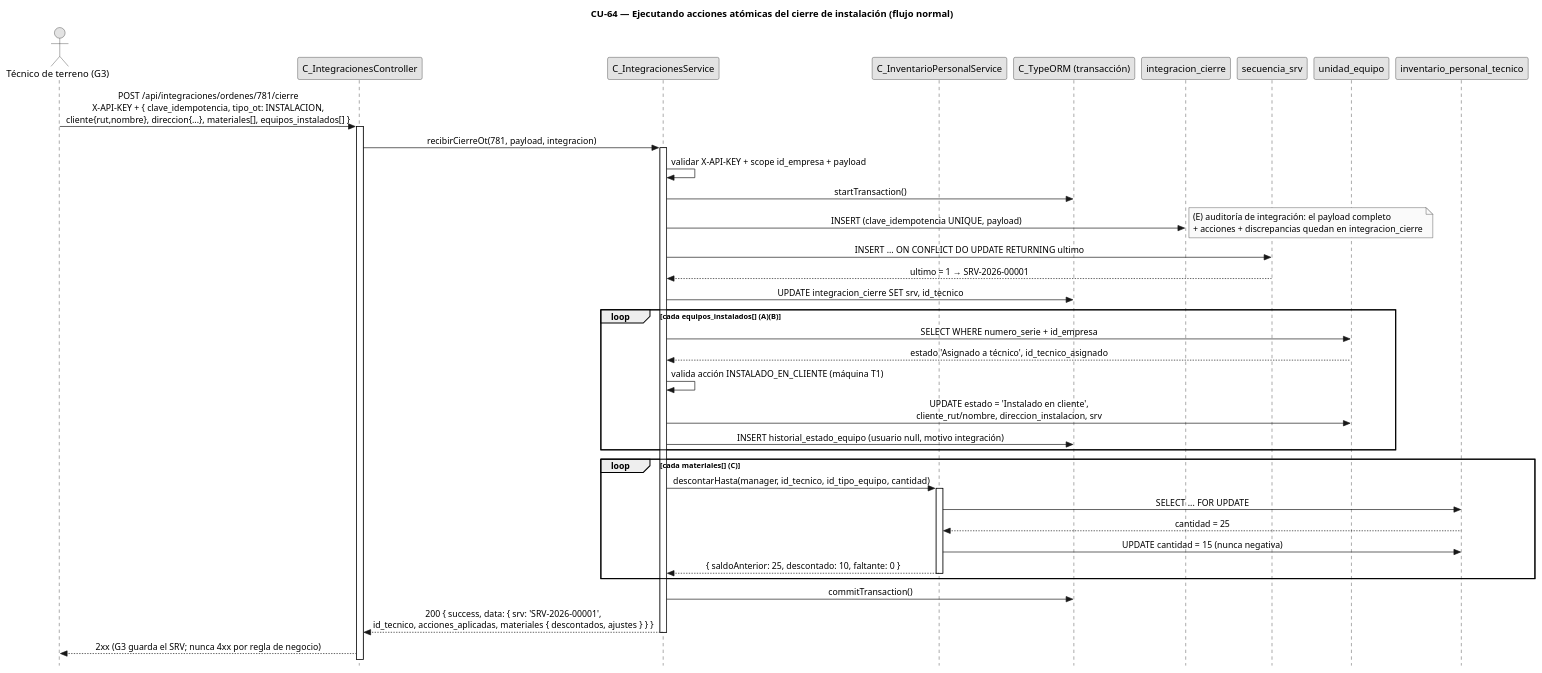
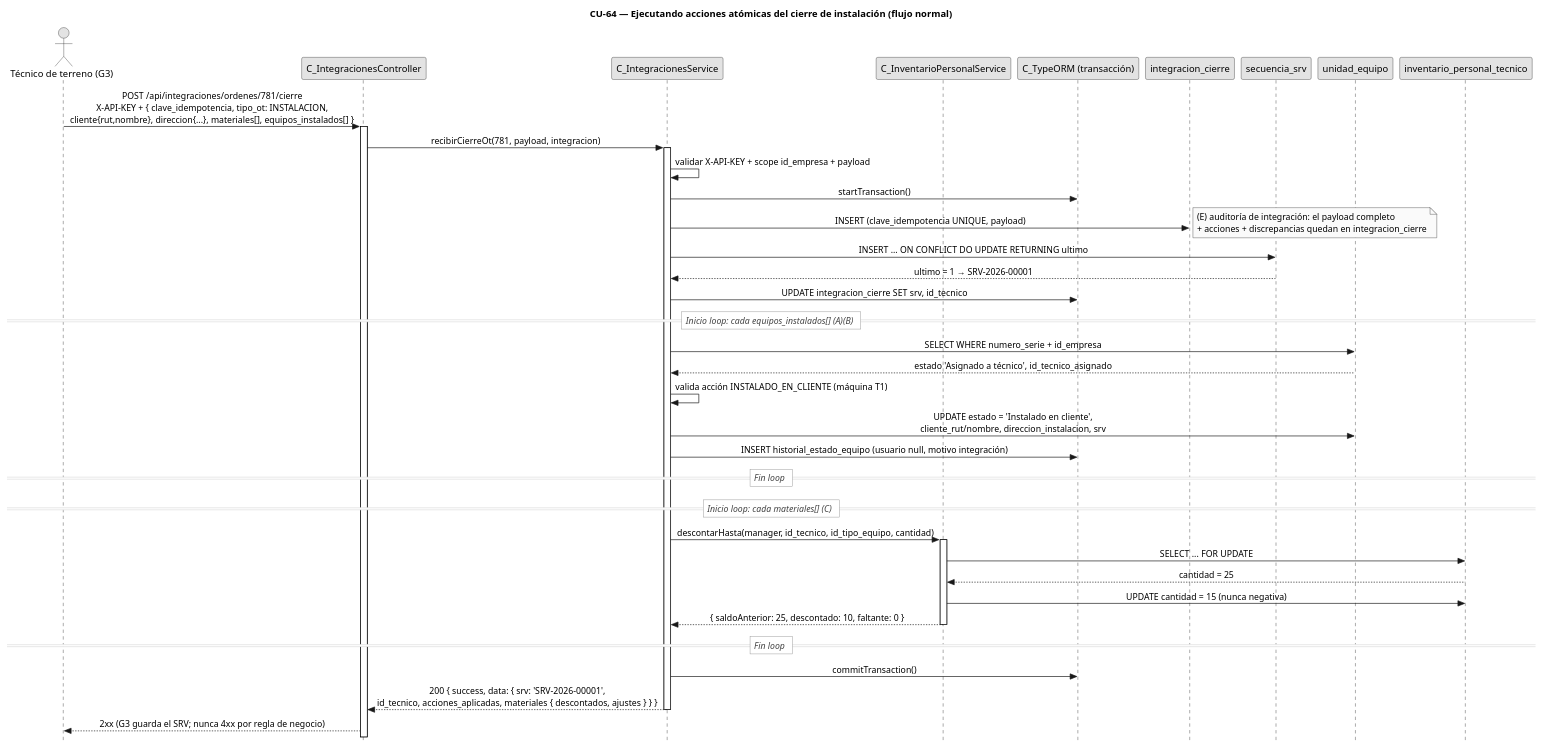
One commit to FSM-Finet-y-Cable-Magico/Team_1-Inventario-y-Bodega changed the diagram in diagramas/diagramas-secuencia/CU64/CU64-normal.puml. Above: the diagram before and after it, drawn with PlantUML. The commit also changed 37 other files, not shown here.

Commit message:
docs(I3): diagramas de secuencia sin recuadro loop y en alta resolución

```diff
--- a/diagramas/diagramas-secuencia/CU64/CU64-normal.puml
+++ b/diagramas/diagramas-secuencia/CU64/CU64-normal.puml
@@ -1,64 +1,70 @@
 @startuml CU64-normal
+skinparam sequenceDividerBorderThickness 0.6
+skinparam sequenceDividerBorderColor 888888
+skinparam sequenceDividerBackgroundColor white
+skinparam sequenceDividerFontStyle italic
+skinparam sequenceDividerFontColor 444444
+skinparam sequenceDividerShadowing false
 title CU-64 — Ejecutando acciones atómicas del cierre de instalación (flujo normal)
 skinparam style strictuml
 skinparam monochrome true
 skinparam shadowing false
 skinparam sequenceMessageAlign center
 <style>
 sequenceDiagram {
   participant {
     margin 30
   }
   actor {
     margin 12
   }
 }
 </style>
 skinparam sequence {
   MessageAlign center
   LifeLineBorderColor black
 }
 hide footbox
 
 actor "Técnico de terreno (G3)" as g3
 participant "C_IntegracionesController" as ctrl
 participant "C_IntegracionesService" as svc
 participant "C_InventarioPersonalService" as ips
 participant "C_TypeORM (transacción)" as orm
 participant "integracion_cierre" as cierre
 participant "secuencia_srv" as sec
 participant "unidad_equipo" as uni
 participant "inventario_personal_tecnico" as inv
 
 g3 -> ctrl : POST /api/integraciones/ordenes/781/cierre\nX-API-KEY + { clave_idempotencia, tipo_ot: INSTALACION,\ncliente{rut,nombre}, direccion{...}, materiales[], equipos_instalados[] }
 activate ctrl
 ctrl -> svc : recibirCierreOt(781, payload, integracion)
 activate svc
 svc -> svc : validar X-API-KEY + scope id_empresa + payload
 svc -> orm : startTransaction()
 svc -> cierre : INSERT (clave_idempotencia UNIQUE, payload)
 note right : (E) auditoría de integración: el payload completo\n+ acciones + discrepancias quedan en integracion_cierre
 svc -> sec : INSERT ... ON CONFLICT DO UPDATE RETURNING ultimo
 sec --> svc : ultimo = 1 → SRV-2026-00001
 svc -> orm : UPDATE integracion_cierre SET srv, id_tecnico
-loop cada equipos_instalados[] (A)(B)
+== Inicio loop: cada equipos_instalados[] (A)(B) ==
   svc -> uni : SELECT WHERE numero_serie + id_empresa
   uni --> svc : estado 'Asignado a técnico', id_tecnico_asignado
   svc -> svc : valida acción INSTALADO_EN_CLIENTE (máquina T1)
   svc -> uni : UPDATE estado = 'Instalado en cliente',\ncliente_rut/nombre, direccion_instalacion, srv
   svc -> orm : INSERT historial_estado_equipo (usuario null, motivo integración)
-end
-loop cada materiales[] (C)
+== Fin loop ==
+== Inicio loop: cada materiales[] (C) ==
   svc -> ips : descontarHasta(manager, id_tecnico, id_tipo_equipo, cantidad)
   activate ips
   ips -> inv : SELECT ... FOR UPDATE
   inv --> ips : cantidad = 25
   ips -> inv : UPDATE cantidad = 15 (nunca negativa)
   ips --> svc : { saldoAnterior: 25, descontado: 10, faltante: 0 }
   deactivate ips
-end
+== Fin loop ==
 svc -> orm : commitTransaction()
 svc --> ctrl : 200 { success, data: { srv: 'SRV-2026-00001',\nid_tecnico, acciones_aplicadas, materiales { descontados, ajustes } } }
 deactivate svc
 ctrl --> g3 : 2xx (G3 guarda el SRV; nunca 4xx por regla de negocio)
 @enduml
```
